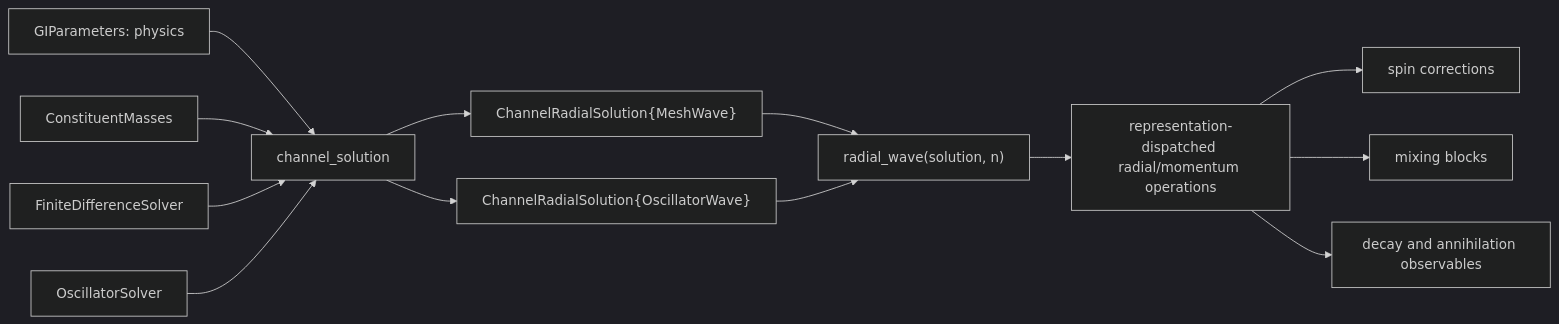
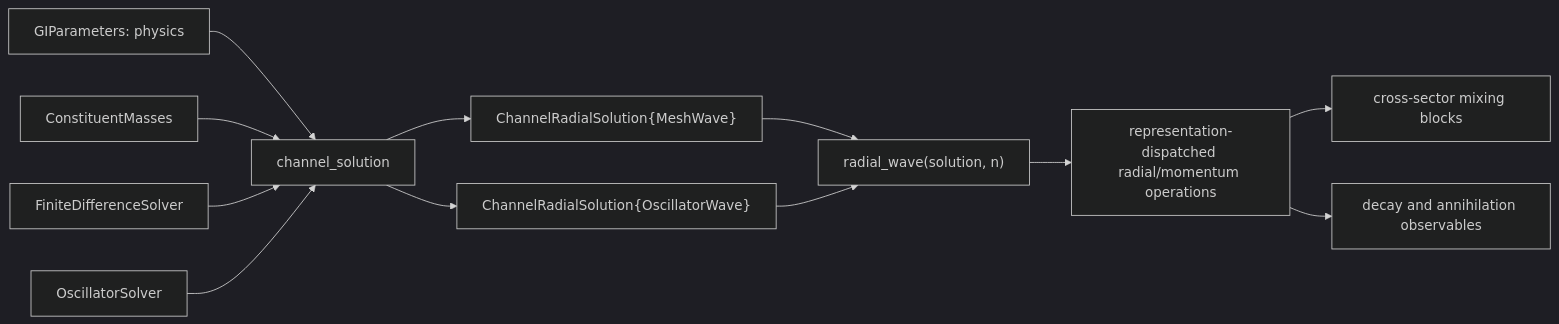
One commit to mmikhasenko/GIModel.jl changed the first of 2 diagrams in docs/code_architecture.md. Above: the diagram before and after it, drawn with Mermaid (dark theme). The commit also changed other lines of this file and 52 other files, not shown here.

Commit message:
Implement native fixed-sector spin Hamiltonians and mixing

````diff
--- a/docs/code_architecture.md
+++ b/docs/code_architecture.md
@@ -38,15 +38,14 @@
 ```mermaid
 flowchart LR
   P["GIParameters: physics"] --> CS["channel_solution"]
   M["ConstituentMasses"] --> CS
   FD["FiniteDifferenceSolver"] --> CS
   HO["OscillatorSolver"] --> CS
   CS --> FDS["ChannelRadialSolution{MeshWave}"]
   CS --> HOS["ChannelRadialSolution{OscillatorWave}"]
   FDS --> R["radial_wave(solution, n)"]
   HOS --> R
   R --> OPS["representation-dispatched radial/momentum operations"]
-  OPS --> SPIN["spin corrections"]
-  OPS --> MIX["mixing blocks"]
+  OPS --> MIX["cross-sector mixing blocks"]
   OPS --> DECAY["decay and annihilation observables"]
 ```
````
